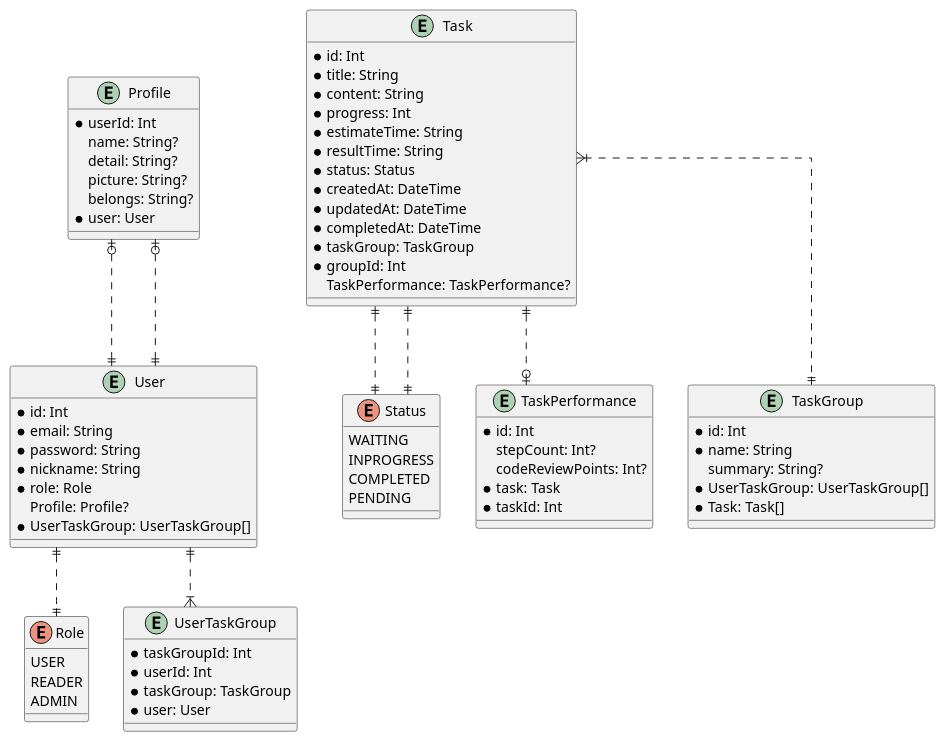
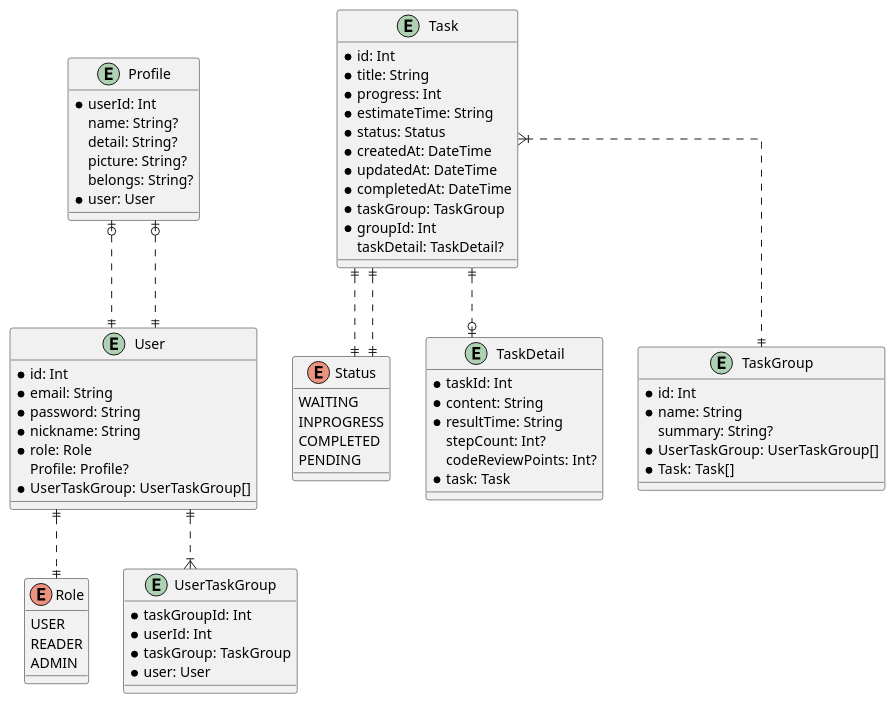
Before and after one commit to Symthy/TGB-proto: the diagram in tgb-back/doc/er_diagram.pu, drawn with PlantUML. The commit also changed 17 other files, not shown here.

```diff
--- a/tgb-back/doc/er_diagram.pu
+++ b/tgb-back/doc/er_diagram.pu
@@ -1,85 +1,84 @@
 @startuml
 
 skinparam linetype ortho
 
 enum Role {
   USER
   READER
   ADMIN
 }
 
 enum Status {
   WAITING
   INPROGRESS
   COMPLETED
   PENDING
 }
 
 entity Profile {
   * userId: Int
   name: String?
   detail: String?
   picture: String?
   belongs: String?
   * user: User
 }
 
 entity User {
   * id: Int
   * email: String
   * password: String
   * nickname: String
   * role: Role
   Profile: Profile?
   * UserTaskGroup: UserTaskGroup[]
 }
 
 entity Task {
   * id: Int
   * title: String
-  * content: String
   * progress: Int
   * estimateTime: String
-  * resultTime: String
   * status: Status
   * createdAt: DateTime
   * updatedAt: DateTime
   * completedAt: DateTime
   * taskGroup: TaskGroup
   * groupId: Int
-  TaskPerformance: TaskPerformance?
+  taskDetail: TaskDetail?
 }
 
-entity TaskPerformance {
-  * id: Int
+entity TaskDetail {
+  * taskId: Int
+  * content: String
+  * resultTime: String
   stepCount: Int?
   codeReviewPoints: Int?
   * task: Task
-  * taskId: Int
 }
 
 entity TaskGroup {
   * id: Int
   * name: String
   summary: String?
   * UserTaskGroup: UserTaskGroup[]
   * Task: Task[]
 }
 
 entity UserTaskGroup {
   * taskGroupId: Int
   * userId: Int
   * taskGroup: TaskGroup
   * user: User
 }
 
 Profile |o..|| User
 Profile |o..|| User
 Task ||..|| Status
-Task ||..o| TaskPerformance
+Task ||..o| TaskDetail
 Task }|..|| TaskGroup
 User ||..|{ UserTaskGroup
 User ||..|| Role
 Task ||..|| Status
 
 @enduml
```
